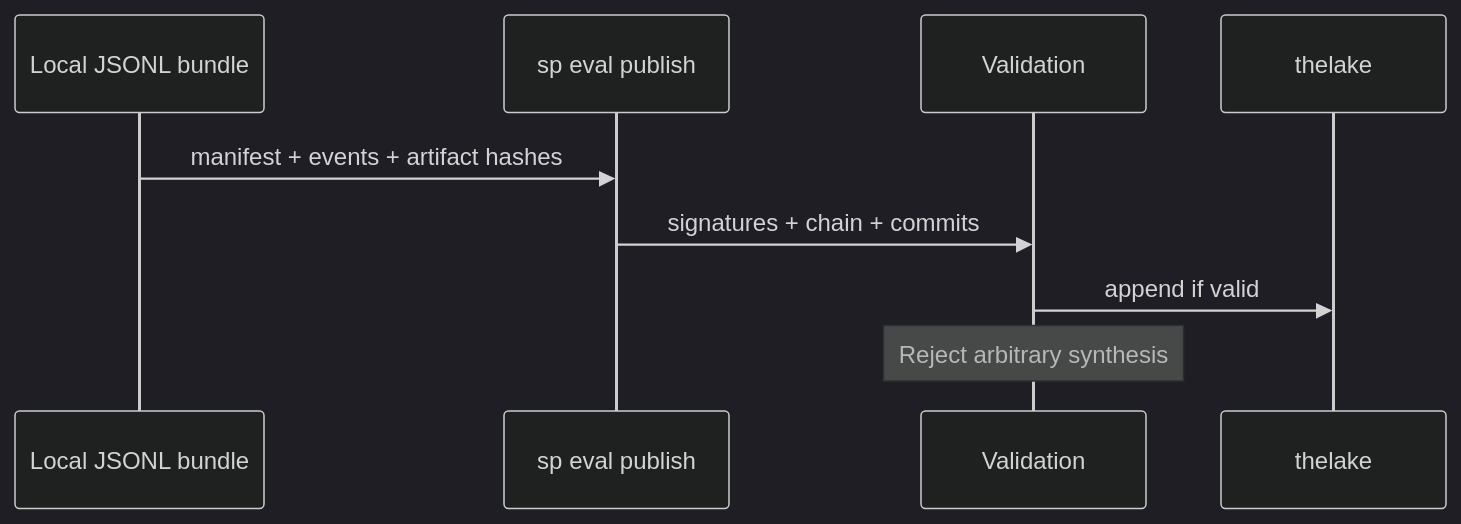
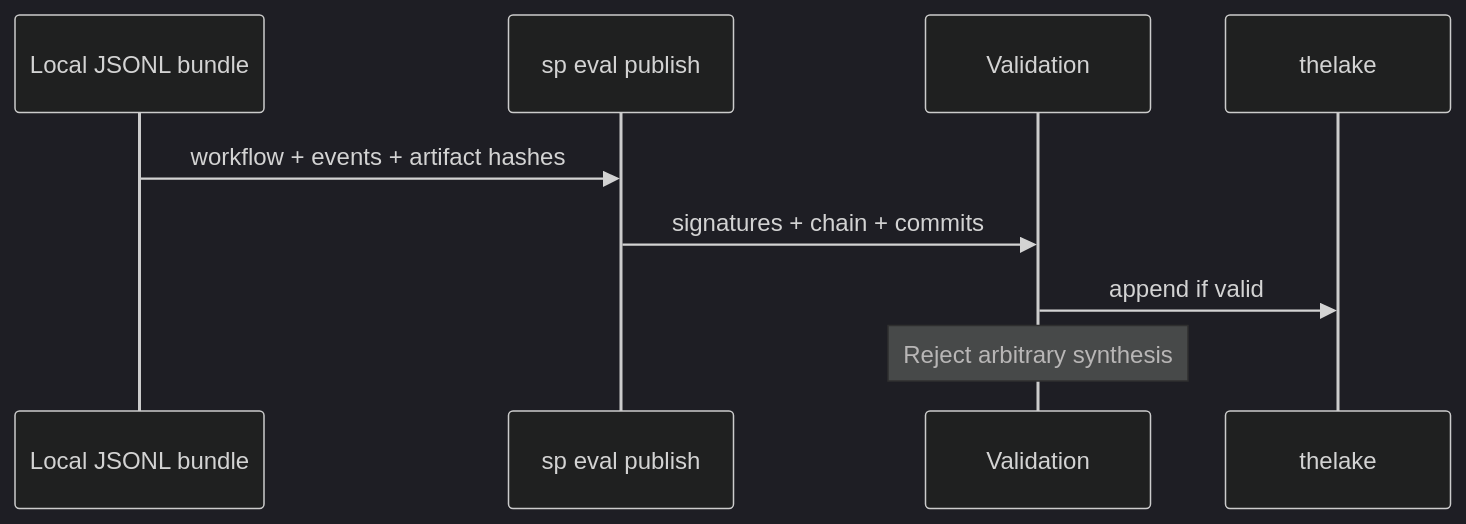
Before and after one commit to softprobe/document-website: the second of 2 diagrams in en/evaluation/architecture/trust-boundaries.md, drawn with Mermaid (dark theme). The commit also changed other lines of this file and 57 other files, not shown here.

````diff
--- a/en/evaluation/architecture/trust-boundaries.md
+++ b/en/evaluation/architecture/trust-boundaries.md
@@ -58,12 +58,12 @@
 ```mermaid
 sequenceDiagram
   participant Local as Local JSONL bundle
   participant Pub as sp eval publish
   participant Val as Validation
   participant Lake as thelake
 
-  Local->>Pub: manifest + events + artifact hashes
+  Local->>Pub: workflow + events + artifact hashes
   Pub->>Val: signatures + chain + commits
   Val->>Lake: append if valid
   Note over Val: Reject arbitrary synthesis
 ```
````
